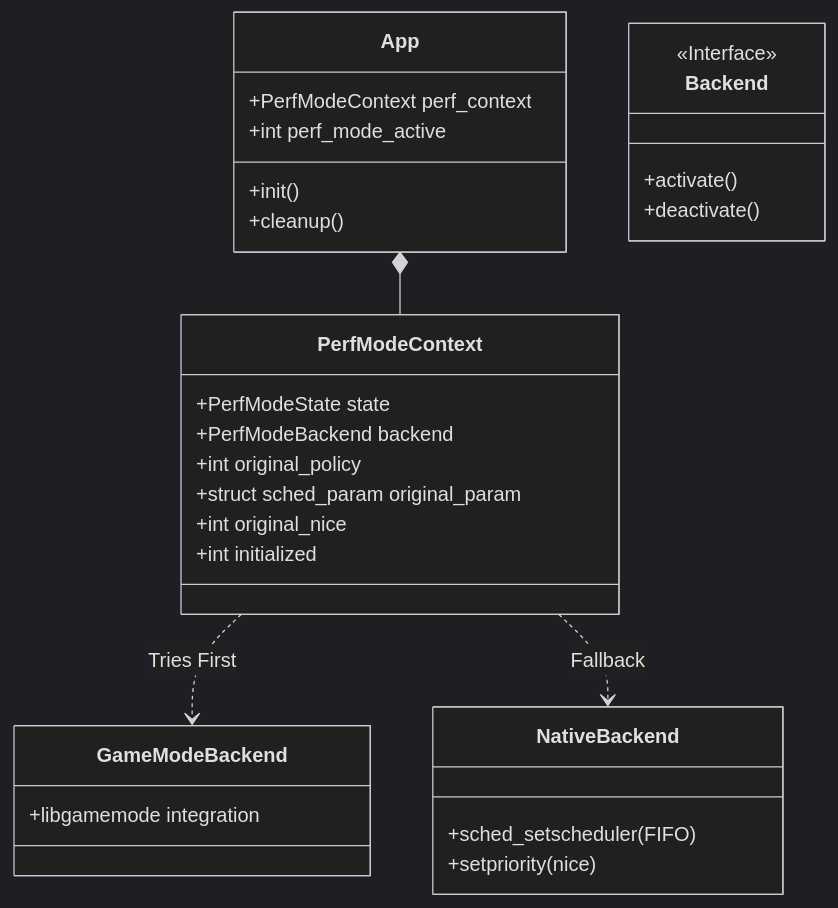
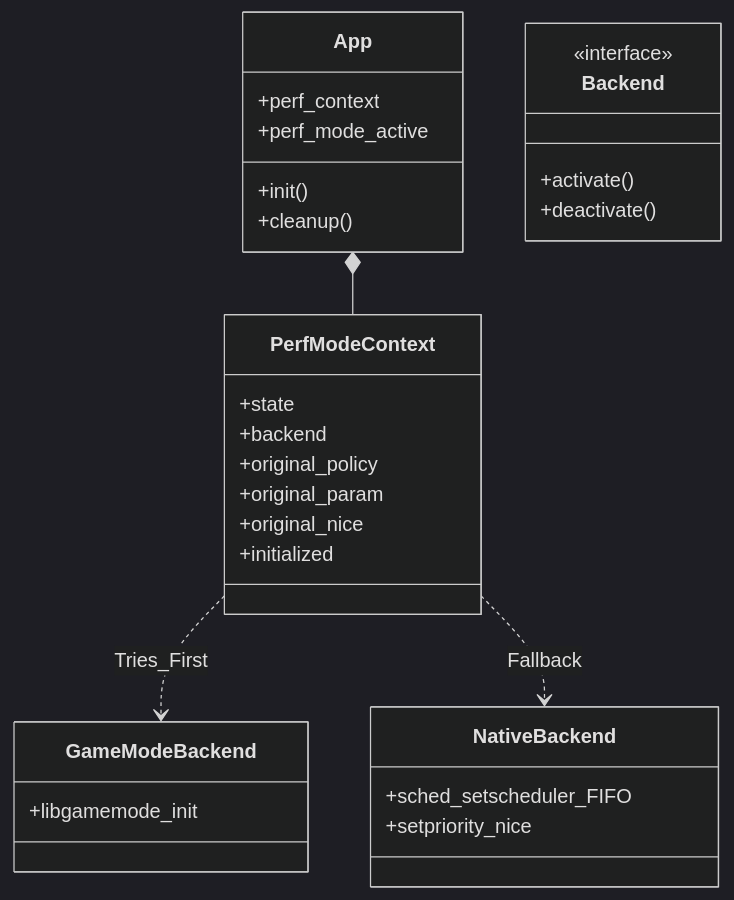
The first of 2 diagrams in docs/perf_and_notifications.md (yoyonel/suckless-ogl), drawn with Mermaid (dark theme) before and after one commit. The commit also changed 43 other files, not shown here.

First line of the commit message:
Implémentation de l'Index des Diagrammes & Fix Mermaid v11 (#145)

````diff
--- a/docs/perf_and_notifications.md
+++ b/docs/perf_and_notifications.md
@@ -16,37 +16,36 @@
 ```mermaid
 classDiagram
     class App {
-        +PerfModeContext perf_context
-        +int perf_mode_active
+        +perf_context
+        +perf_mode_active
         +init()
         +cleanup()
     }
 
     class PerfModeContext {
-        +PerfModeState state
-        +PerfModeBackend backend
-        +int original_policy
-        +struct sched_param original_param
-        +int original_nice
-        +int initialized
+        +state
+        +backend
+        +original_policy
+        +original_param
+        +original_nice
+        +initialized
     }
 
-    class Backend {
-        <<Interface>>
-        +activate()
-        +deactivate()
-    }
+    class Backend
+    <<interface>> Backend
+    Backend : +activate()
+    Backend : +deactivate()
 
     class GameModeBackend {
-        +libgamemode integration
+        +libgamemode_init
     }
 
     class NativeBackend {
-        +sched_setscheduler(FIFO)
-        +setpriority(nice)
+        +sched_setscheduler_FIFO
+        +setpriority_nice
     }
 
     App *-- PerfModeContext
-    PerfModeContext ..> GameModeBackend : Tries First
+    PerfModeContext ..> GameModeBackend : Tries_First
     PerfModeContext ..> NativeBackend : Fallback
 ```
````
